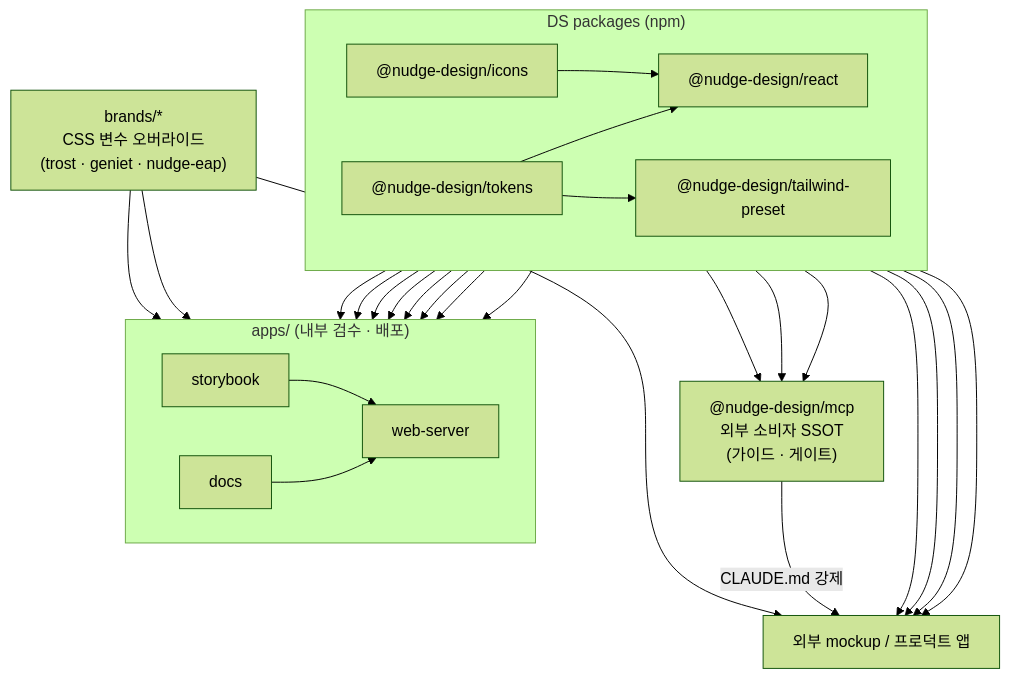
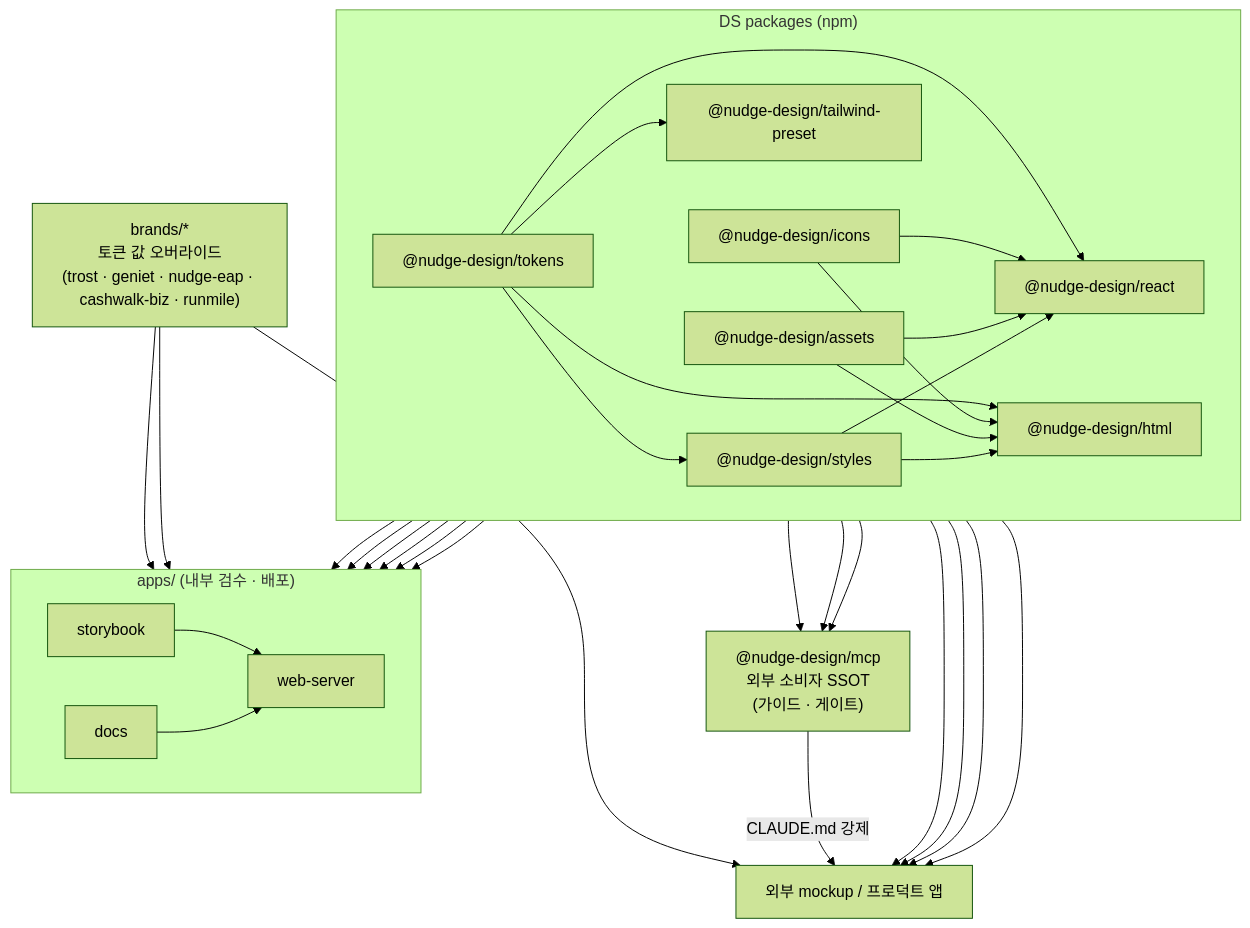
One commit to ios-nous178/NDS_Project changed the first of 4 diagrams in README.md. Above: the diagram before and after it, drawn with Mermaid (forest theme). The commit also changed other lines of this file and 13 other files, not shown here.

````diff
--- a/README.md
+++ b/README.md
@@ -24,37 +34,41 @@
 ```mermaid
 flowchart TB
   subgraph DS["DS packages (npm)"]
     direction LR
     TK["@nudge-design/tokens"]
     IC["@nudge-design/icons"]
+    AS["@nudge-design/assets"]
+    ST["@nudge-design/styles"]
     RC["@nudge-design/react"]
+    HT["@nudge-design/html"]
     TW["@nudge-design/tailwind-preset"]
   end
 
-  BR["brands/*<br/>CSS 변수 오버라이드<br/>(trost · geniet · nudge-eap)"]
+  BR["brands/*<br/>토큰 값 오버라이드<br/>(trost · geniet · nudge-eap · cashwalk-biz · runmile)"]
 
   subgraph APPS["apps/ (내부 검수 · 배포)"]
     direction LR
     SB["storybook"]
     DC["docs"]
     WS["web-server"]
   end
 
   MCP["@nudge-design/mcp<br/>외부 소비자 SSOT<br/>(가이드 · 게이트)"]
   EXT["외부 mockup / 프로덕트 앱"]
 
-  TK --> RC
-  IC --> RC
+  TK --> ST
   TK --> TW
+  TK & IC & AS & ST --> RC
+  TK & IC & AS & ST --> HT
 
-  TK & RC & IC & TW --> SB
-  TK & RC & IC & TW --> DC
+  RC & HT & TW --> SB
+  RC & HT & TW --> DC
   BR --> SB
   BR --> DC
   SB & DC --> WS
 
   TK & RC & IC --> MCP
 
-  TK & RC & IC & TW & BR --> EXT
+  RC & HT & IC & TW & BR --> EXT
   MCP -->|CLAUDE.md 강제| EXT
 ```
````
